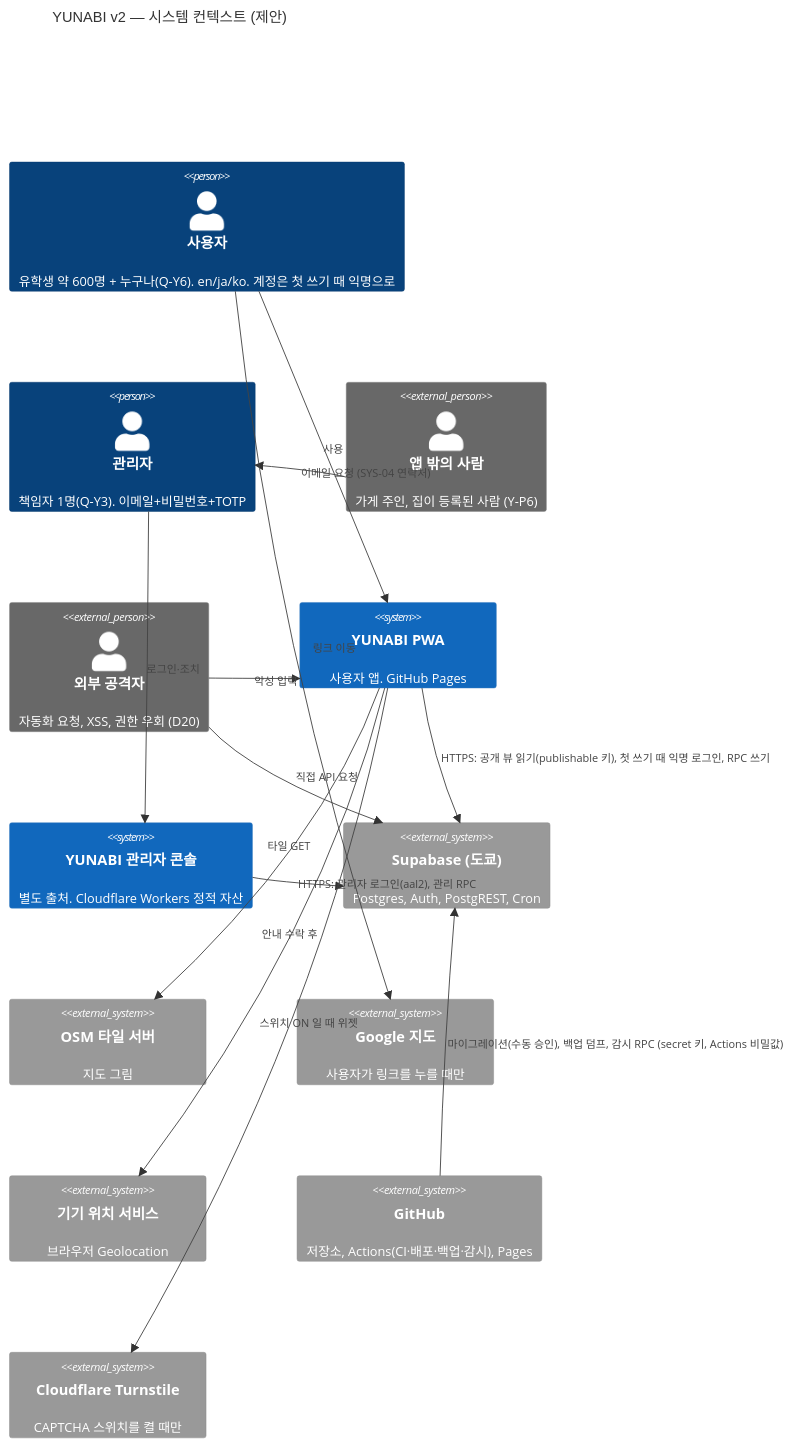
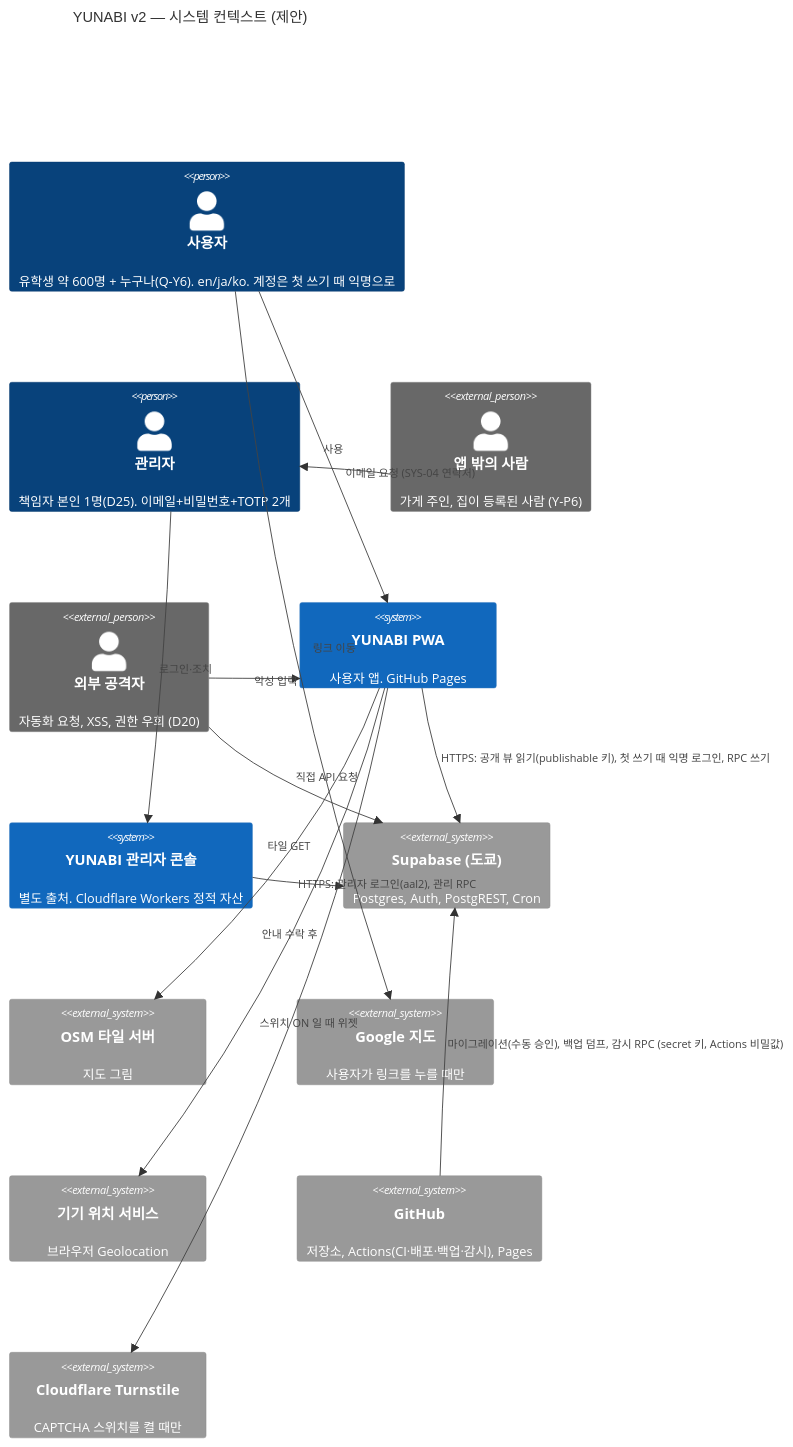
The first of 9 diagrams in docs/architecture/rfc/0003-yunabi-v2.md (underthesun7213/yui-board), drawn with Mermaid before and after one commit. The commit also changed other lines of this file and 9 other files, not shown here.

````diff
--- a/docs/architecture/rfc/0003-yunabi-v2.md
+++ b/docs/architecture/rfc/0003-yunabi-v2.md
@@ -65,28 +71,28 @@
 ```mermaid
 C4Context
   title YUNABI v2 — 시스템 컨텍스트 (제안)
   Person(user, "사용자", "유학생 약 600명 + 누구나(Q-Y6). en/ja/ko. 계정은 첫 쓰기 때 익명으로")
-  Person(admin, "관리자", "책임자 1명(Q-Y3). 이메일+비밀번호+TOTP")
+  Person(admin, "관리자", "책임자 본인 1명(D25). 이메일+비밀번호+TOTP 2개")
   Person_Ext(outsider, "앱 밖의 사람", "가게 주인, 집이 등록된 사람 (Y-P6)")
   Person_Ext(attacker, "외부 공격자", "자동화 요청, XSS, 권한 우회 (D20)")
   System(pwa, "YUNABI PWA", "사용자 앱. GitHub Pages")
   System(console, "YUNABI 관리자 콘솔", "별도 출처. Cloudflare Workers 정적 자산")
   System_Ext(sb, "Supabase (도쿄)", "Postgres, Auth, PostgREST, Cron")
   System_Ext(osm, "OSM 타일 서버", "지도 그림")
   System_Ext(gmaps, "Google 지도", "사용자가 링크를 누를 때만")
   System_Ext(geo, "기기 위치 서비스", "브라우저 Geolocation")
   System_Ext(gh, "GitHub", "저장소, Actions(CI·배포·백업·감시), Pages")
   System_Ext(ts, "Cloudflare Turnstile", "CAPTCHA 스위치를 켤 때만")
   Rel(user, pwa, "사용")
   Rel(admin, console, "로그인·조치")
   Rel(outsider, admin, "이메일 요청 (SYS-04 연락처)")
   Rel(attacker, sb, "직접 API 요청")
   Rel(attacker, pwa, "악성 입력")
   Rel(pwa, sb, "HTTPS: 공개 뷰 읽기(publishable 키), 첫 쓰기 때 익명 로그인, RPC 쓰기")
   Rel(console, sb, "HTTPS: 관리자 로그인(aal2), 관리 RPC")
   Rel(pwa, osm, "타일 GET")
   Rel(pwa, geo, "안내 수락 후")
   Rel(user, gmaps, "링크 이동")
   Rel(pwa, ts, "스위치 ON 일 때 위젯")
   Rel(gh, sb, "마이그레이션(수동 승인), 백업 덤프, 감시 RPC (secret 키, Actions 비밀값)")
 ```
````
